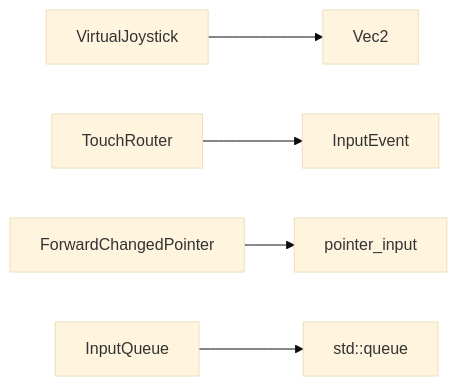
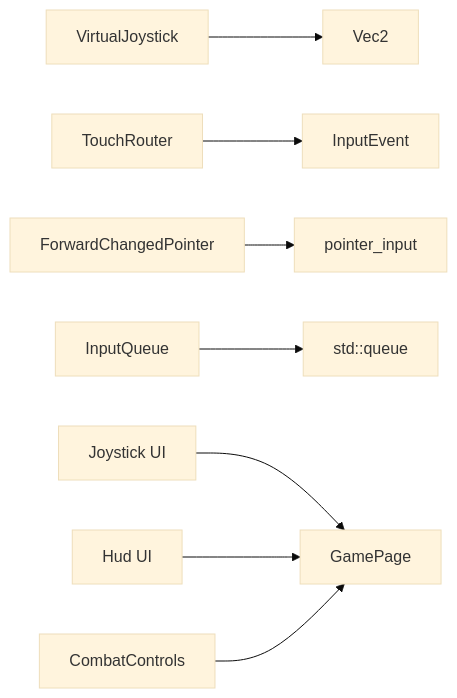
Before and after one commit to sj123sheng/my-world: the sixth of 6 diagrams in .qoder/repowiki/zh/content/输入处理系统/虚拟摇杆控制.md, drawn with Mermaid (base theme). The commit also changed other lines of this file and 160 other files, not shown here.

````diff
--- a/.qoder/repowiki/zh/content/输入处理系统/虚拟摇杆控制.md
+++ b/.qoder/repowiki/zh/content/输入处理系统/虚拟摇杆控制.md
@@ -227,7 +282,10 @@
 ```mermaid
 graph LR
 VJ["VirtualJoystick"] --> V2["Vec2"]
 TR["TouchRouter"] --> IE["InputEvent"]
 CPF["ForwardChangedPointer"] --> PI["pointer_input"]
 IQ["InputQueue"] --> Q["std::queue"]
+JS["Joystick UI"] --> GP["GamePage"]
+HD["Hud UI"] --> GP
+CC["CombatControls"] --> GP
 ```
````
